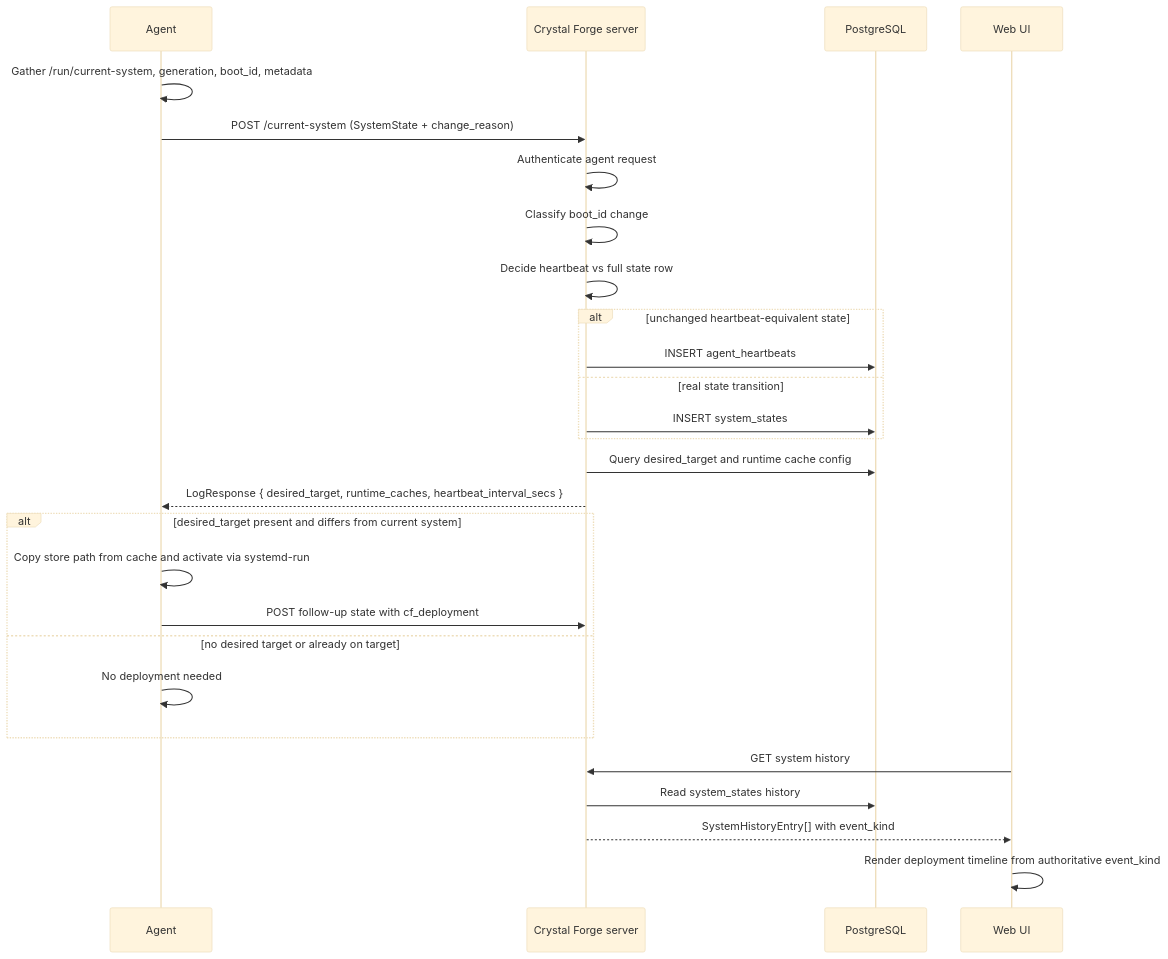
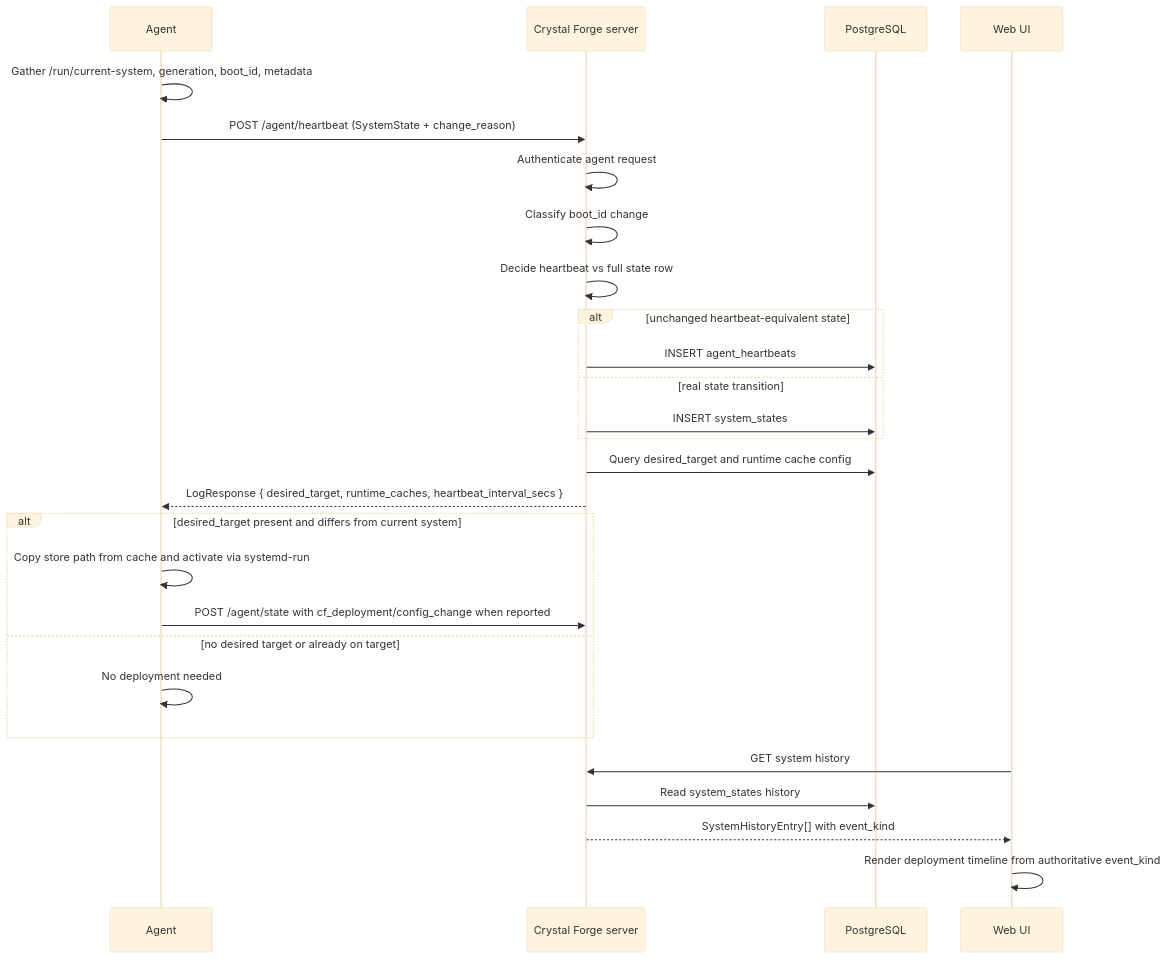
The first of 4 diagrams in docs/agent-heartbeat-state-history.md (usmcamp0811/crystal-forge), drawn with Mermaid (base theme) before and after one commit. The commit also changed other lines of this file and 1 other file, not shown here.

First line of the commit message:
fix: hide state-change rows from deployment history

````diff
--- a/docs/agent-heartbeat-state-history.md
+++ b/docs/agent-heartbeat-state-history.md
@@ -27,30 +27,30 @@
 ```mermaid
 sequenceDiagram
     participant Agent
     participant Server as Crystal Forge server
     participant DB as PostgreSQL
     participant UI as Web UI
 
     Agent->>Agent: Gather /run/current-system, generation, boot_id, metadata
-    Agent->>Server: POST /current-system (SystemState + change_reason)
+    Agent->>Server: POST /agent/heartbeat (SystemState + change_reason)
     Server->>Server: Authenticate agent request
     Server->>Server: Classify boot_id change
     Server->>Server: Decide heartbeat vs full state row
     alt unchanged heartbeat-equivalent state
         Server->>DB: INSERT agent_heartbeats
     else real state transition
         Server->>DB: INSERT system_states
     end
     Server->>DB: Query desired_target and runtime cache config
     Server-->>Agent: LogResponse { desired_target, runtime_caches, heartbeat_interval_secs }
     alt desired_target present and differs from current system
         Agent->>Agent: Copy store path from cache and activate via systemd-run
-        Agent->>Server: POST follow-up state with cf_deployment
+        Agent->>Server: POST /agent/state with cf_deployment/config_change when reported
     else no desired target or already on target
         Agent->>Agent: No deployment needed
     end
     UI->>Server: GET system history
     Server->>DB: Read system_states history
     Server-->>UI: SystemHistoryEntry[] with event_kind
     UI->>UI: Render deployment timeline from authoritative event_kind
 ```
````
